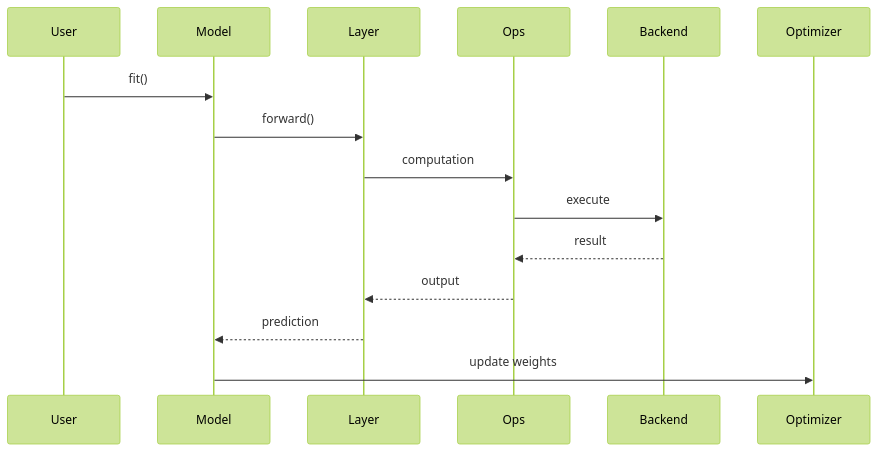
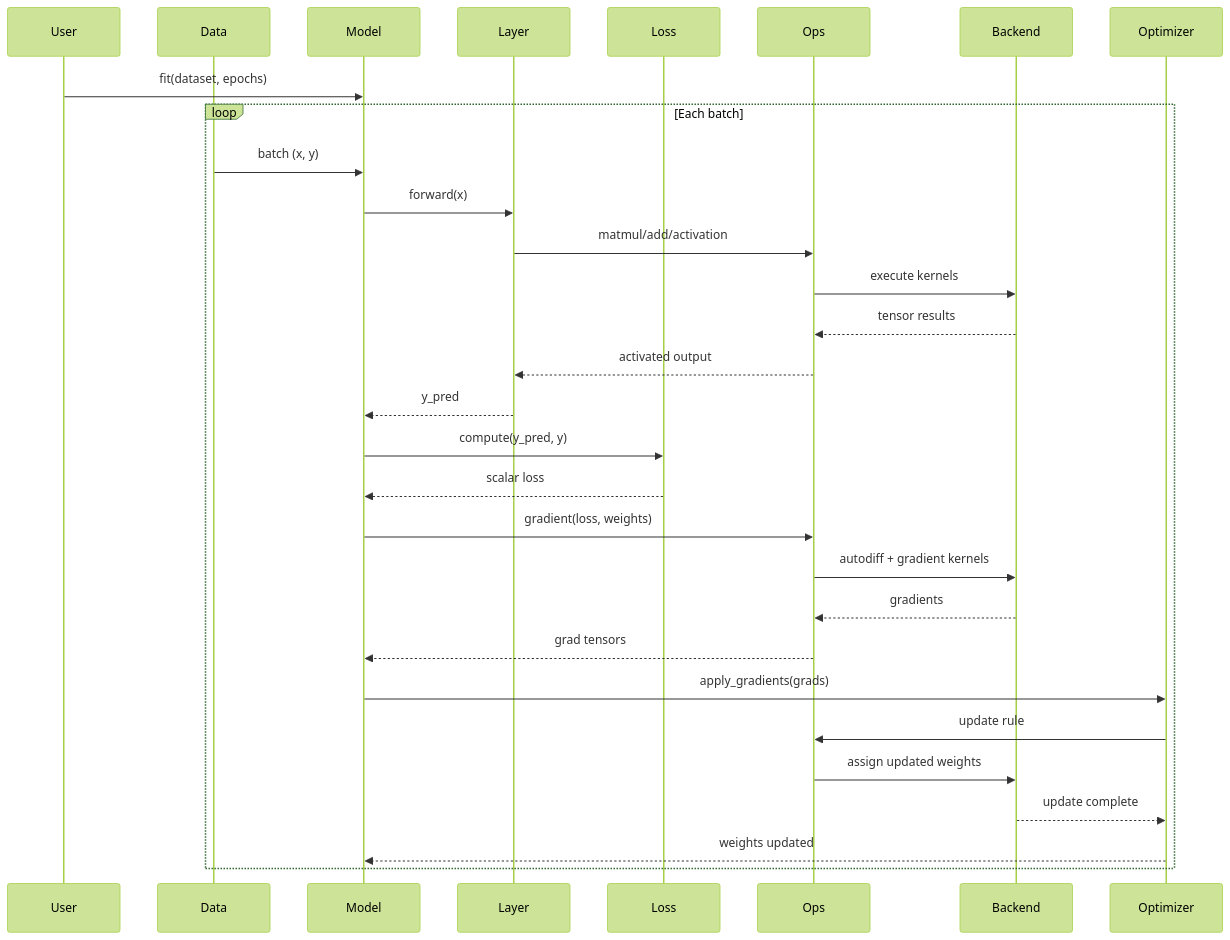
Before and after one commit to rado4002/keras-architecture-recovery: the diagram in weeks/week04/diagrams/2.C&C View Runtime Diagram.md, drawn with Mermaid (forest theme). The commit also changed other lines of this file and 3 other files, not shown here.

Commit message:
Update week 04 runtime C&C flow and sync diagram assets

````diff
--- a/weeks/week04/diagrams/2.C&C View Runtime Diagram.md
+++ b/weeks/week04/diagrams/2.C&C View Runtime Diagram.md
@@ -7,22 +7,39 @@
 ```mermaid
 sequenceDiagram
 	participant User
+	participant DataLoader as Data
 	participant Model
 	participant Layer
+	participant Loss
 	participant Ops
 	participant Backend
 	participant Optimizer
 
-	User->>Model: fit()
+	User->>Model: fit(dataset, epochs)
+	loop Each batch
+		DataLoader->>Model: batch (x, y)
 
-	%% Forward pass
-	Model->>Layer: forward()
-	Layer->>Ops: computation
-	Ops->>Backend: execute
-	Backend-->>Ops: result
-	Ops-->>Layer: output
-	Layer-->>Model: prediction
+		%% Forward pass
+		Model->>Layer: forward(x)
+		Layer->>Ops: matmul/add/activation
+		Ops->>Backend: execute kernels
+		Backend-->>Ops: tensor results
+		Ops-->>Layer: activated output
+		Layer-->>Model: y_pred
 
-	%% Update step
-	Model->>Optimizer: update weights
+		%% Loss and gradients
+		Model->>Loss: compute(y_pred, y)
+		Loss-->>Model: scalar loss
+		Model->>Ops: gradient(loss, weights)
+		Ops->>Backend: autodiff + gradient kernels
+		Backend-->>Ops: gradients
+		Ops-->>Model: grad tensors
+
+		%% Parameter update
+		Model->>Optimizer: apply_gradients(grads)
+		Optimizer->>Ops: update rule
+		Ops->>Backend: assign updated weights
+		Backend-->>Optimizer: update complete
+		Optimizer-->>Model: weights updated
+	end
 ```
````
